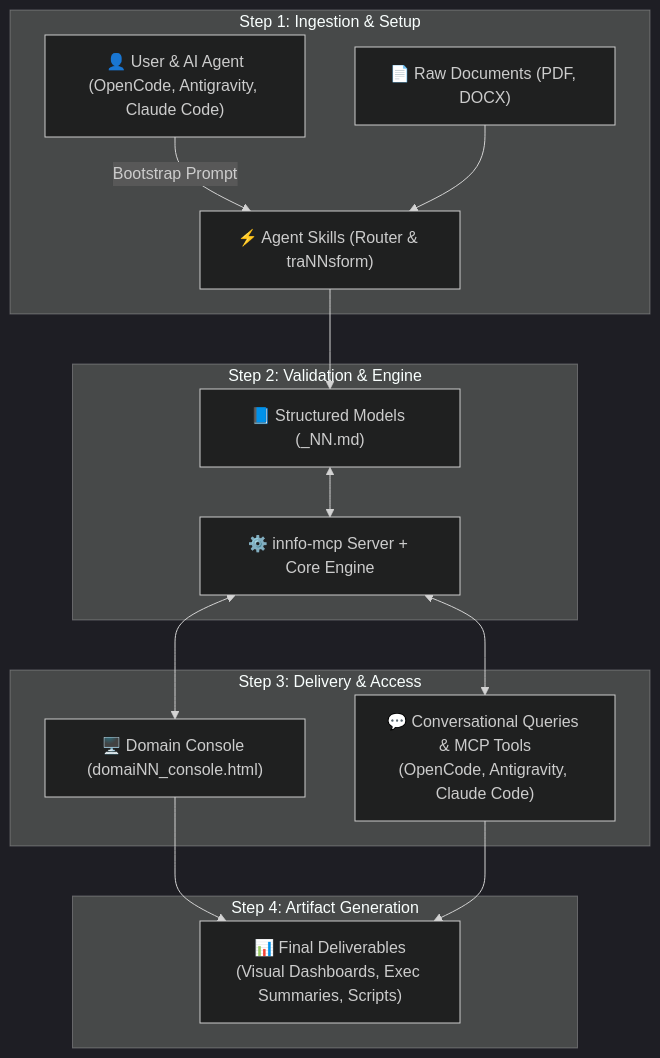
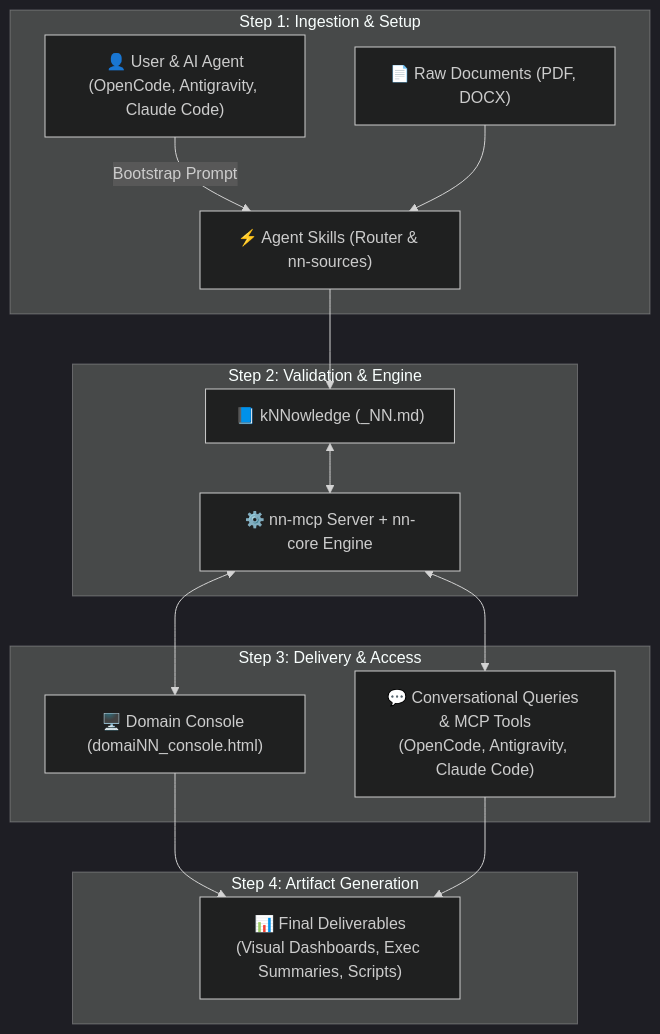
The diagram in docs/innfo/index.md (cogNNitive/cogNNitive), drawn with Mermaid (dark theme) before and after one commit. The commit also changed other lines of this file and 108 other files, not shown here.

Commit message:
docs: synchronize documentation tree with current iNNfo v0.5.0 architecture

````diff
--- a/docs/innfo/index.md
+++ b/docs/innfo/index.md
@@ -24,21 +24,21 @@
 ```mermaid
 flowchart TD
     subgraph Step1["Step 1: Ingestion & Setup"]
-        U["👤 User & AI Agent\n(OpenCode, Antigravity, Claude Code)"] -->|Bootstrap Prompt| Router["⚡ Agent Skills (Router & traNNsform)"]
+        U["👤 User & AI Agent\n(OpenCode, Antigravity, Claude Code)"] -->|Bootstrap Prompt| Router["⚡ Agent Skills (Router & nn-sources)"]
         RawDocs["📄 Raw Documents (PDF, DOCX)"] --> Router
     end
 
     subgraph Step2["Step 2: Validation & Engine"]
-        Router --> Models["📘 Structured Models (_NN.md)"]
-        Models <--> MCP["⚙️ innfo-mcp Server + Core Engine"]
+        Router --> Knowledge["📘 kNNowledge (_NN.md)"]
+        Knowledge <--> MCP["⚙️ nn-mcp Server + nn-core Engine"]
     end
 
     subgraph Step3["Step 3: Delivery & Access"]
         MCP <--> Console["🖥️ Domain Console (domaiNN_console.html)"]
         MCP <--> AgentChat["💬 Conversational Queries & MCP Tools\n(OpenCode, Antigravity, Claude Code)"]
     end
 
     subgraph Step4["Step 4: Artifact Generation"]
         Console & AgentChat --> Artifacts["📊 Final Deliverables\n(Visual Dashboards, Exec Summaries, Scripts)"]
     end
 ```
````
